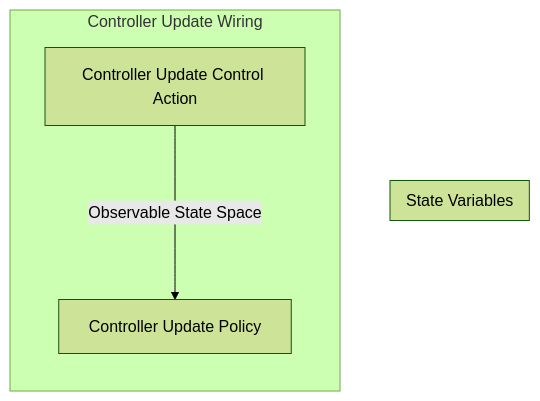
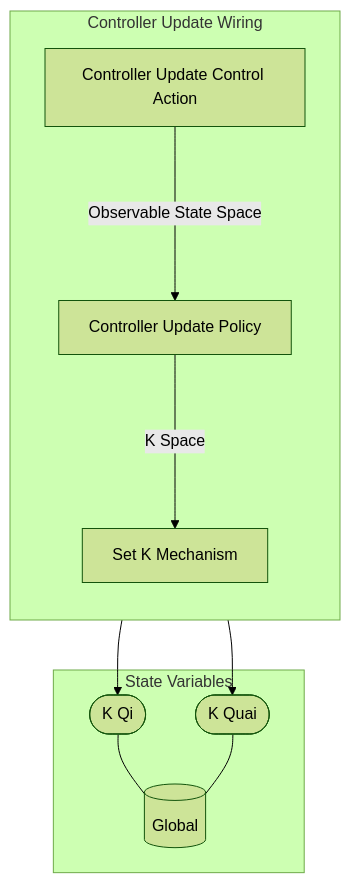
Before and after one commit to dominant-strategies/Quai-Macro-Model: the diagram in Spec/obsidian/Wiring/Controller Update Wiring.md, drawn with Mermaid (forest theme). The commit also changed other lines of this file and 19 other files, not shown here.

````diff
--- a/Spec/obsidian/Wiring/Controller Update Wiring.md
+++ b/Spec/obsidian/Wiring/Controller Update Wiring.md
@@ -3,13 +3,22 @@
 ```mermaid
 graph TB
 
 subgraph SVS["State Variables"]
+EE0[("Global")]
+EES0(["K Qi"])
+EES0 --- EE0
+EES1(["K Quai"])
+EES1 --- EE0
 end
 
-subgraph X3["Controller Update Wiring"]
+subgraph X4["Controller Update Wiring"]
 direction TB
 X1["Controller Update Control Action"]
 X2["Controller Update Policy"]
+X3["Set K Mechanism"]
+X3 --> EES1
+X3 --> EES0
 X1--"Observable State Space"--->X2
+X2--"K Space"--->X3
 end
 ```
````
